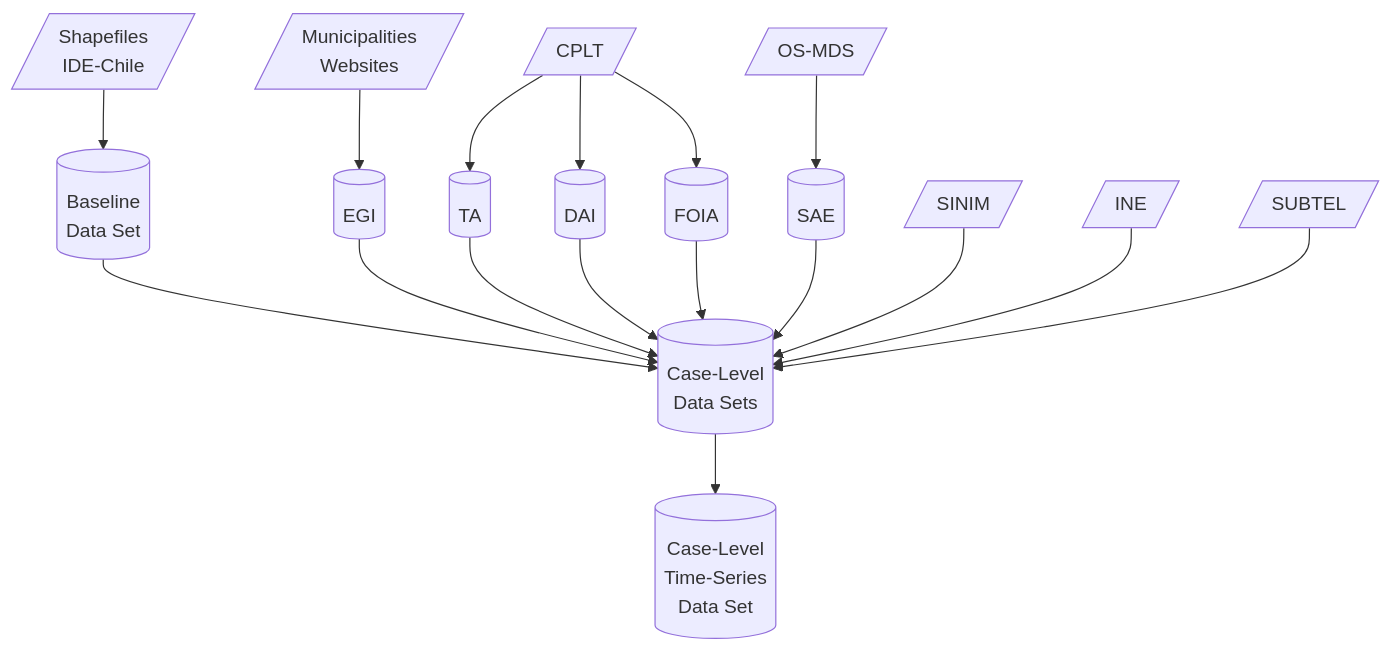
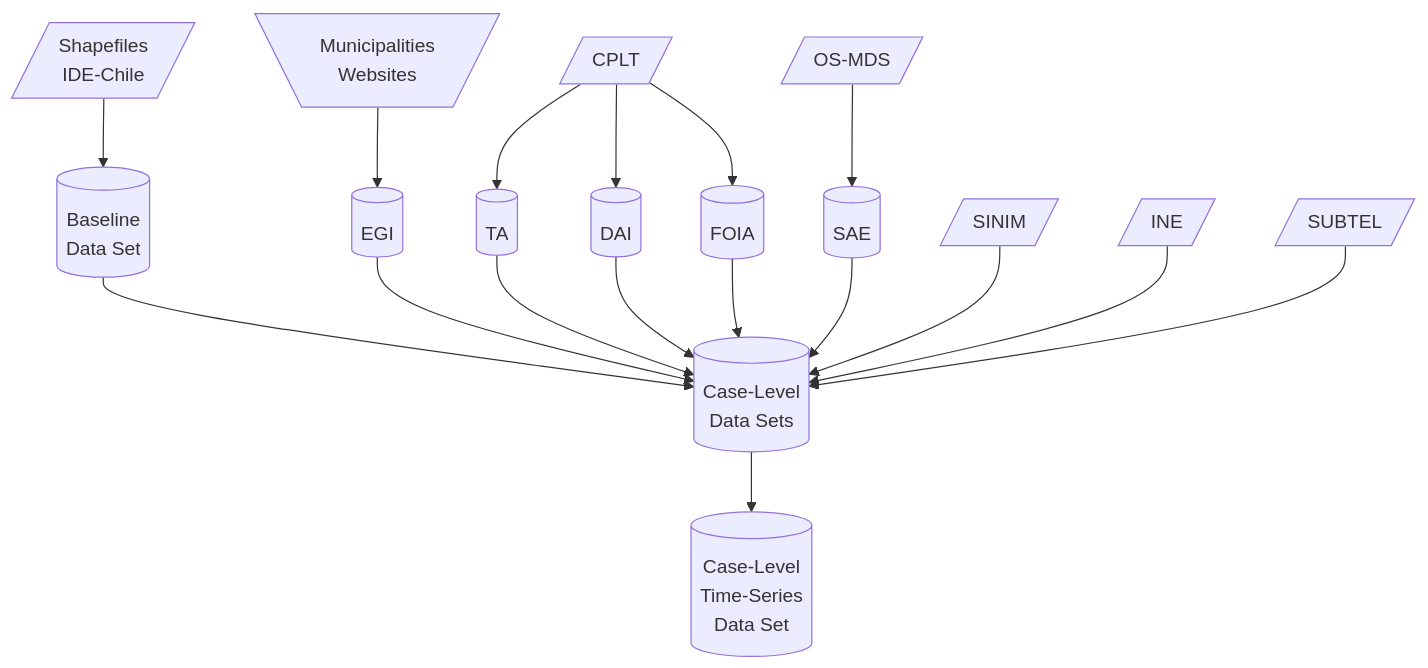
The diagram in README.md (bgonzalezbustamante/local-gov-indicators), drawn with Mermaid before and after one commit.

````diff
--- a/README.md
+++ b/README.md
@@ -14,19 +14,19 @@
 ```mermaid
   graph TD;
       A[/Shapefiles<br/>IDE-Chile/] --> B[(Baseline<br/>Data Set)];
       B --> C[(Case-Level<br/>Data Sets)];
-      D[/Municipalities<br/>Websites/] --> E[(EGI)];
+      D[\Municipalities<br/>Websites/] --> E[(EGI)];
       E[(EGI)] --> C;
       F[/CPLT/] --> G[(TA)];
       F[/CPLT/] --> H[(DAI)];
       F[/CPLT/] --> I[(FOIA)];
       G --> C;
       H --> C;
       I --> C;
       J[/OS-MDS/] --> K[(SAE)];
       K --> C;
       L[/SINIM/] --> C;
       M[/INE/] --> C;
       N[/SUBTEL/] --> C;
       C --> Z[(Case-Level<br/>Time-Series<br/>Data Set)];
 ```
````
